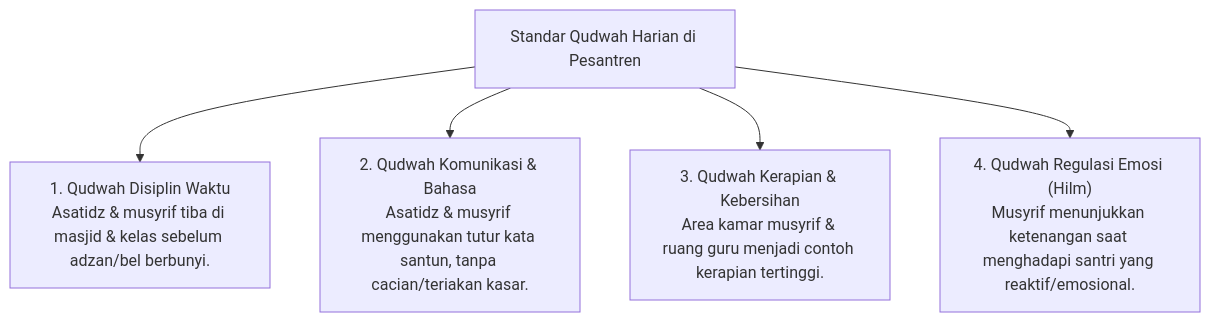
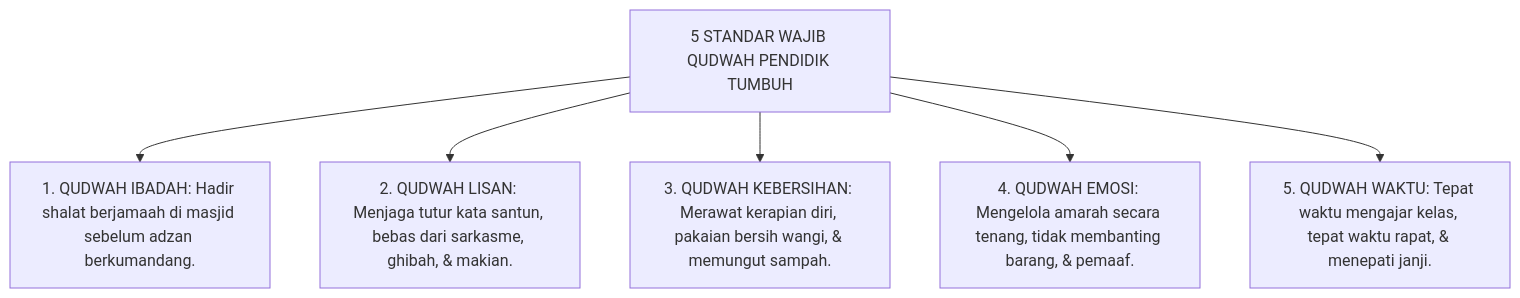
One commit to wandiapriliyandi/tumbuh changed the second of 2 diagrams in 02 Principles/01 Core Principles/P2-01-03-Prinsip-Keteladanan-Qudwah-First.md. Above: the diagram before and after it, drawn with Mermaid. The commit also changed other lines of this file and 7 other files, not shown here.

````diff
--- a/02 Principles/01 Core Principles/P2-01-03-Prinsip-Keteladanan-Qudwah-First.md
+++ b/02 Principles/01 Core Principles/P2-01-03-Prinsip-Keteladanan-Qudwah-First.md
@@ -31,9 +75,10 @@
 ```mermaid
 graph TD
-    Standar["Standar Qudwah Harian di Pesantren"]
+    StandarQudwah["5 STANDAR WAJIB QUDWAH PENDIDIK TUMBUH"]
     
-    Standar --> Q1["1. Qudwah Disiplin Waktu<br/>Asatidz & musyrif tiba di masjid & kelas sebelum adzan/bel berbunyi."]
-    Standar --> Q2["2. Qudwah Komunikasi & Bahasa<br/>Asatidz & musyrif menggunakan tutur kata santun, tanpa cacian/teriakan kasar."]
-    Standar --> Q3["3. Qudwah Kerapian & Kebersihan<br/>Area kamar musyrif & ruang guru menjadi contoh kerapian tertinggi."]
-    Standar --> Q4["4. Qudwah Regulasi Emosi (Hilm)<br/>Musyrif menunjukkan ketenangan saat menghadapi santri yang reaktif/emosional."]
+    StandarQudwah --> Q1["1. QUDWAH IBADAH: Hadir shalat berjamaah di masjid sebelum adzan berkumandang."]
+    StandarQudwah --> Q2["2. QUDWAH LISAN: Menjaga tutur kata santun, bebas dari sarkasme, ghibah, & makian."]
+    StandarQudwah --> Q3["3. QUDWAH KEBERSIHAN: Merawat kerapian diri, pakaian bersih wangi, & memungut sampah."]
+    StandarQudwah --> Q4["4. QUDWAH EMOSI: Mengelola amarah secara tenang, tidak membanting barang, & pemaaf."]
+    StandarQudwah --> Q5["5. QUDWAH WAKTU: Tepat waktu mengajar kelas, tepat waktu rapat, & menepati janji."]
 ```
````
